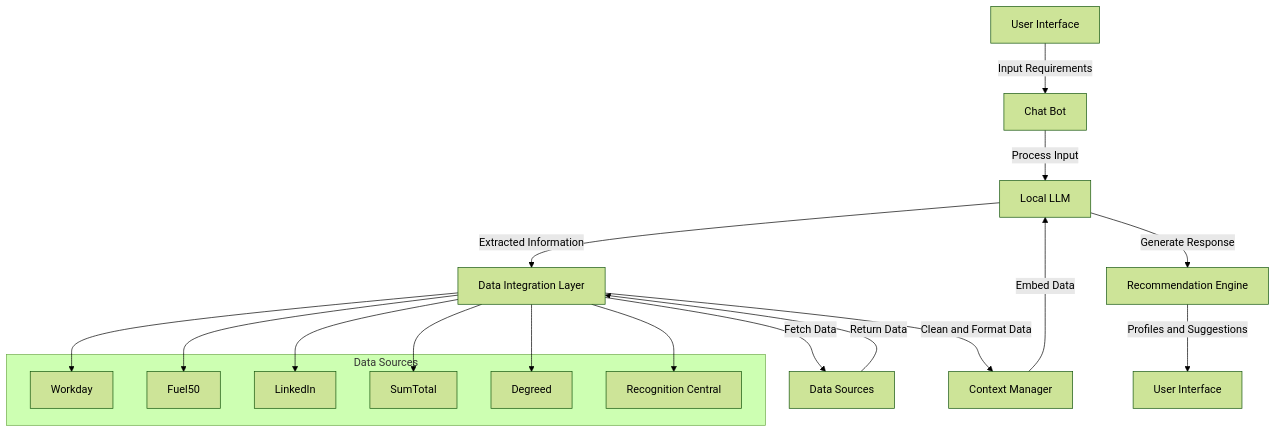
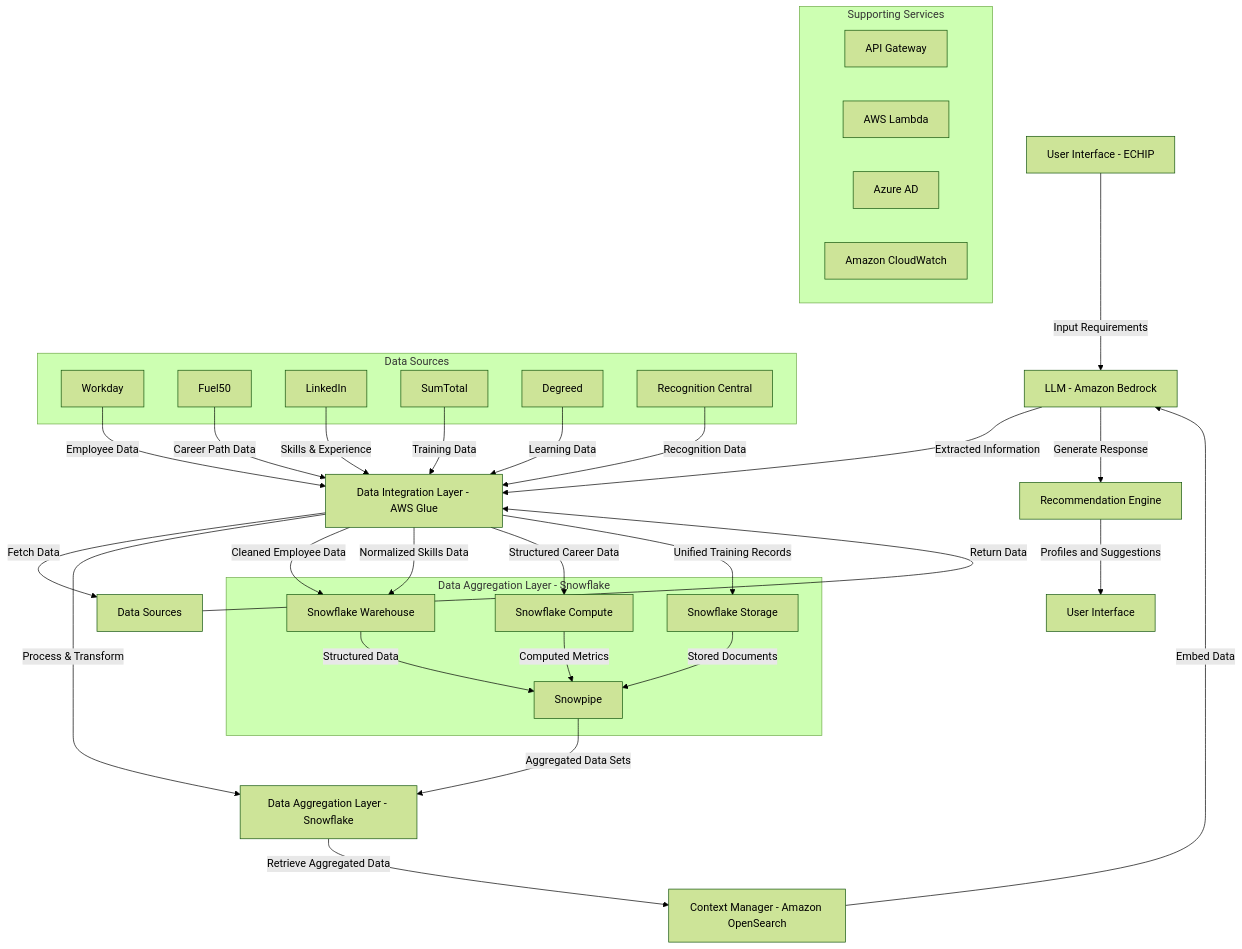
One commit to beekmarks/internal-talent-matching-system changed the diagram in architecture.mmd. Above: the diagram before and after it, drawn with Mermaid (forest theme). The commit also changed 7 other files, not shown here.

Commit message:
added additional mock employee data

```diff
--- a/architecture.mmd
+++ b/architecture.mmd
@@ -1,26 +1,50 @@
 graph TD
-    A[User Interface] -->|Input Requirements| B[Chat Bot]
-    B -->|Process Input| C[Local LLM]
-    C -->|Extracted Information| D[Data Integration Layer]
+    A[User Interface - ECHIP] -->|Input Requirements| C[LLM - Amazon Bedrock]
+    C -->|Extracted Information| D[Data Integration Layer - AWS Glue]
     D -->|Fetch Data| E[Data Sources]
     E -->|Return Data| D
-    D -->|Clean and Format Data| F[Context Manager]
+    D -->|Process & Transform| O[Data Aggregation Layer - Snowflake]
+    O -->|Retrieve Aggregated Data| F[Context Manager - Amazon OpenSearch]
     F -->|Embed Data| C
     C -->|Generate Response| G[Recommendation Engine]
     G -->|Profiles and Suggestions| H[User Interface]
  
     subgraph Data Sources
         I[Workday]
         J[Fuel50]
         K[LinkedIn]
         L[SumTotal]
         M[Degreed]
         N[Recognition Central]
     end
  
-    D --> I
-    D --> J
-    D --> K
-    D --> L
-    D --> M
-    D --> N
+    subgraph Data Aggregation Layer - Snowflake
+        P[Snowflake Warehouse]
+        Q[Snowflake Compute]
+        R[Snowflake Storage]
+        S[Snowpipe]
+    end
+ 
+    I -->|Employee Data| D
+    J -->|Career Path Data| D
+    K -->|Skills & Experience| D
+    L -->|Training Data| D
+    M -->|Learning Data| D
+    N -->|Recognition Data| D
+    
+    D -->|Cleaned Employee Data| P
+    D -->|Normalized Skills Data| P
+    D -->|Structured Career Data| Q
+    D -->|Unified Training Records| R
+    
+    P -->|Structured Data| S
+    Q -->|Computed Metrics| S
+    R -->|Stored Documents| S
+    S -->|Aggregated Data Sets| O
+    
+    subgraph Supporting Services
+        T[API Gateway]
+        U[AWS Lambda]
+        V[Azure AD]
+        W[Amazon CloudWatch]
+    end
```
